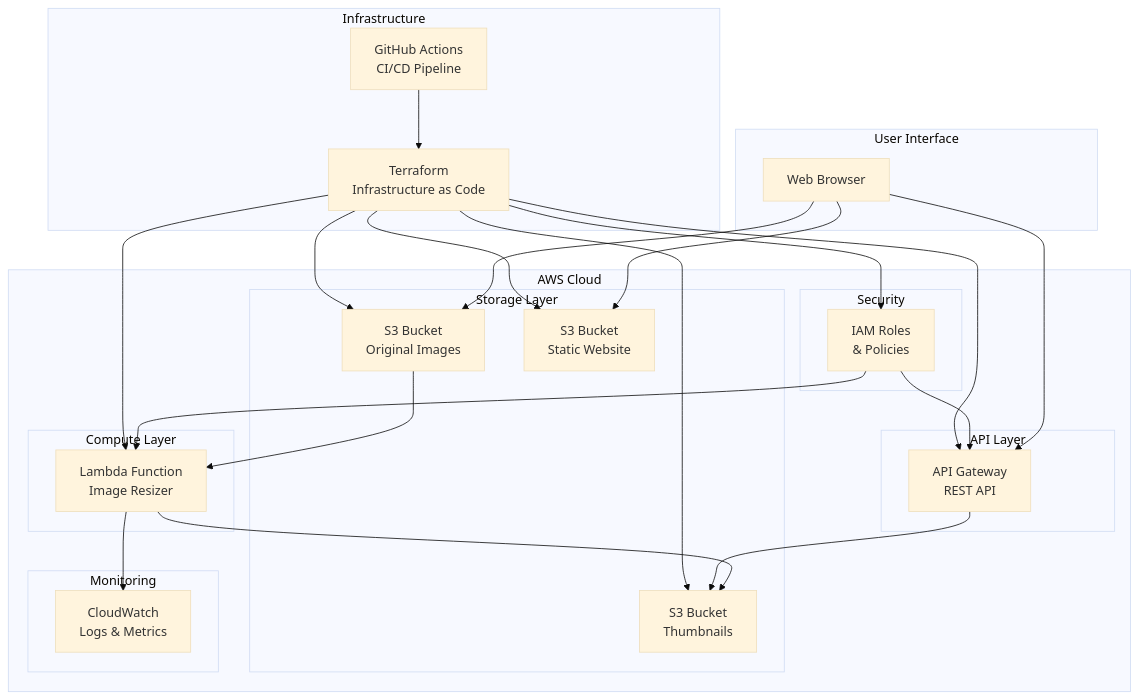
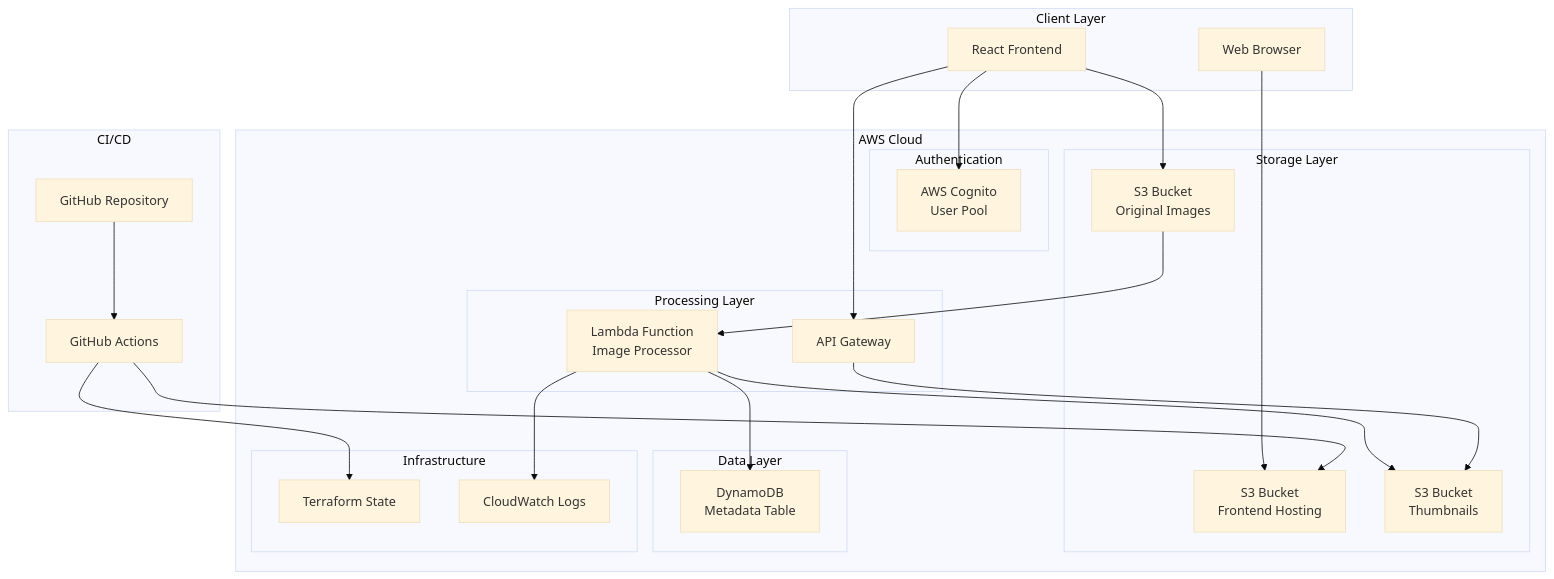
Before and after one commit to mangucletus/photo-sharing-application: the first of 2 diagrams in README.md, drawn with Mermaid (base theme). The commit also changed other lines of this file and 3271 other files, not shown here.

````diff
--- a/README.md
+++ b/README.md
@@ -31,52 +41,51 @@
 ```mermaid
 graph TB
-    subgraph "User Interface"
-        UI[Web Browser]
+    subgraph "Client Layer"
+        UI[React Frontend]
+        Browser[Web Browser]
     end
     
     subgraph "AWS Cloud"
-        subgraph "Storage Layer"
-            S3_IMG[S3 Bucket<br/>Original Images]
-            S3_THUMB[S3 Bucket<br/>Thumbnails]
-            S3_WEB[S3 Bucket<br/>Static Website]
+        subgraph "Authentication"
+            Cognito[AWS Cognito<br/>User Pool]
         end
         
-        subgraph "Compute Layer"
-            LAMBDA[Lambda Function<br/>Image Resizer]
+        subgraph "Storage Layer"
+            S3Frontend[S3 Bucket<br/>Frontend Hosting]
+            S3Images[S3 Bucket<br/>Original Images]
+            S3Thumbs[S3 Bucket<br/>Thumbnails]
         end
         
-        subgraph "API Layer"
-            API[API Gateway<br/>REST API]
+        subgraph "Processing Layer"
+            Lambda[Lambda Function<br/>Image Processor]
+            APIGateway[API Gateway]
         end
         
-        subgraph "Monitoring"
-            CW[CloudWatch<br/>Logs & Metrics]
+        subgraph "Data Layer"
+            DynamoDB[DynamoDB<br/>Metadata Table]
         end
         
-        subgraph "Security"
-            IAM[IAM Roles<br/>& Policies]
+        subgraph "Infrastructure"
+            Terraform[Terraform State]
+            CloudWatch[CloudWatch Logs]
         end
     end
     
-    subgraph "Infrastructure"
-        TF[Terraform<br/>Infrastructure as Code]
-        GHA[GitHub Actions<br/>CI/CD Pipeline]
+    subgraph "CI/CD"
+        GitHub[GitHub Repository]
+        Actions[GitHub Actions]
     end
     
-    UI --> S3_WEB
-    UI --> S3_IMG
-    UI --> API
-    S3_IMG --> LAMBDA
-    LAMBDA --> S3_THUMB
-    API --> S3_THUMB
-    LAMBDA --> CW
-    IAM --> LAMBDA
-    IAM --> API
-    TF --> S3_IMG
-    TF --> S3_THUMB
-    TF --> S3_WEB
-    TF --> LAMBDA
-    TF --> API
-    TF --> IAM
-    GHA --> TF
+    Browser --> S3Frontend
+    UI --> Cognito
+    UI --> S3Images
+    UI --> APIGateway
+    S3Images --> Lambda
+    Lambda --> S3Thumbs
+    Lambda --> DynamoDB
+    APIGateway --> S3Thumbs
+    Lambda --> CloudWatch
+    GitHub --> Actions
+    Actions --> Terraform
+    Actions --> S3Frontend
 ```
````
